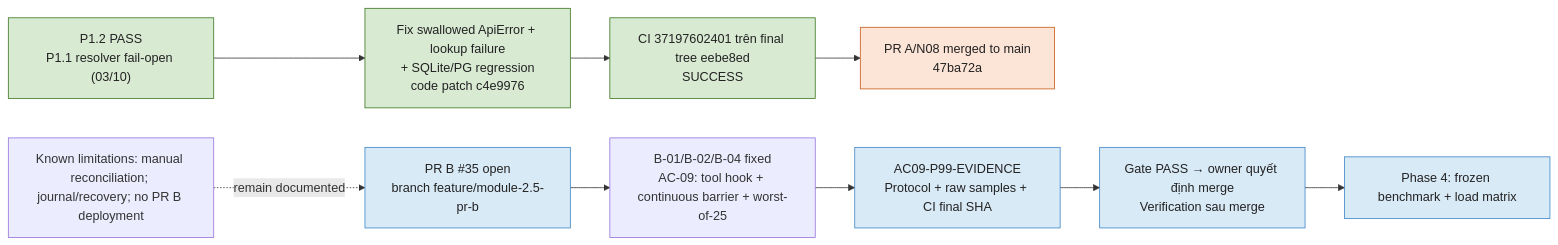
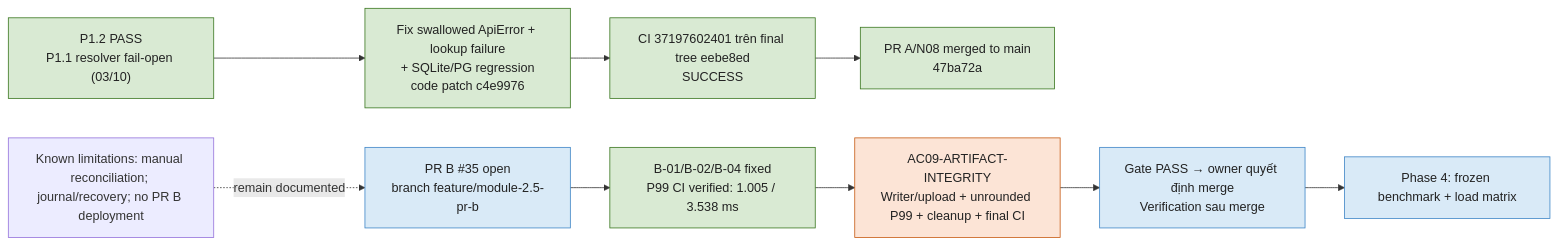
One commit to tuteemovaixlong/CSKH_ban_le changed the first of 2 diagrams in docs/PLAN_EXECUTION_HANDOFF_GPT6_ASTRA.md. Above: the diagram before and after it, drawn with Mermaid. The commit also changed other lines of this file and 9 other files, not shown here.

Commit message:
test(headroom): execute AC09-ARTIFACT-INTEGRITY to harden harness, fail-closed validation, and unrounded assertion

````diff
--- a/docs/PLAN_EXECUTION_HANDOFF_GPT6_ASTRA.md
+++ b/docs/PLAN_EXECUTION_HANDOFF_GPT6_ASTRA.md
@@ -232,19 +232,19 @@
 ```mermaid
 flowchart LR
     N08["P1.2 PASS<br/>P1.1 resolver fail-open (03/10)"] --> Fix["Fix swallowed ApiError + lookup failure<br/>+ SQLite/PG regression<br/>code patch c4e9976"]
     Fix --> SHA["CI 37197602401 trên final tree eebe8ed<br/>SUCCESS"]
     SHA --> Merge["PR A/N08 merged to main<br/>47ba72a"]
 
     PRB["PR B #35 open<br/>branch feature/module-2.5-pr-b"]
-    PRB --> Fix2["B-01/B-02/B-04 fixed<br/>AC-09: tool hook + continuous barrier + worst-of-25"]
-    Fix2 --> Verify["AC09-P99-EVIDENCE<br/>Protocol + raw samples + CI final SHA"]
+    PRB --> Fix2["B-01/B-02/B-04 fixed<br/>P99 CI verified: 1.005 / 3.538 ms"]
+    Fix2 --> Verify["AC09-ARTIFACT-INTEGRITY<br/>Writer/upload + unrounded P99 + cleanup + final CI"]
     Verify --> Owner["Gate PASS → owner quyết định merge<br/>Verification sau merge"]
     Owner --> Phase4["Phase 4: frozen benchmark + load matrix"]
     Limit["Known limitations: manual reconciliation; journal/recovery; no PR B deployment"] -. "remain documented" .-> PRB
     classDef done fill:#d9ead3,stroke:#38761d,color:#222
     classDef pending fill:#fce4d6,stroke:#c65911,color:#222
     classDef next fill:#d9eaf7,stroke:#3d85c6,color:#222
-    class N08,Fix,SHA done
-    class Review,Merge pending
-    class PRB,Verify,Owner,Phase4 next
+    class N08,Fix,SHA,Merge,Fix2 done
+    class Verify pending
+    class PRB,Owner,Phase4 next
 ```
````
